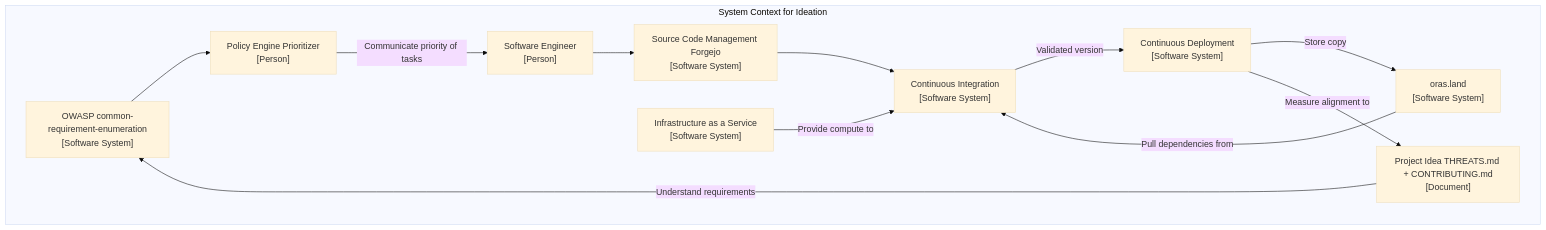
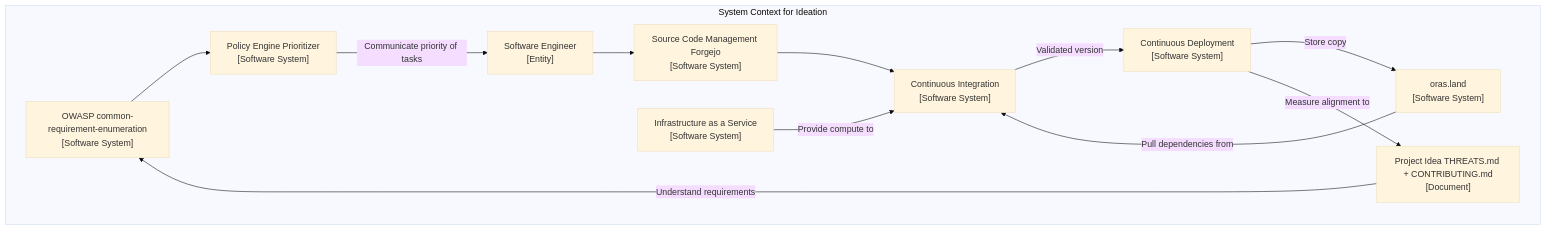
Before and after one commit to intel/dffml: the second of 2 diagrams in CONTRIBUTING.md, drawn with Mermaid (base theme).

Commit message:
CONTRIBUTING: Measureing Alignment: Mermaid: System Context for Ideation: Software Engineer: Person -> Entity

````diff
--- a/CONTRIBUTING.md
+++ b/CONTRIBUTING.md
@@ -285,34 +285,34 @@
 ```mermaid
     graph TD
 
       subgraph system_context[System Context for Ideation]
 
         requirements_management[OWASP common-requirement-enumeration<br>&#91Software System&#93]
         data_storage[oras.land<br>&#91Software System&#93]
         source_control[Source Code Management Forgejo<br>&#91Software System&#93]
-        engineer[Software Engineer<br>&#91Person&#93]
-        prioritizer[Policy Engine Prioritizer<br>&#91Person&#93]
+        engineer[Software Engineer<br>&#91Entity&#93]
+        prioritizer[Policy Engine Prioritizer<br>&#91Software System&#93]
         project_idea[Project Idea THREATS.md + CONTRIBUTING.md<br>&#91Document&#93]
         ci_software[Continuous Integration<br>&#91Software System&#93]
         cd_software[Continuous Deployment<br>&#91Software System&#93]
         iaas[Infrastructure as a Service<br>&#91Software System&#93]
 
         project_idea -->|Understand requirements| requirements_management
         requirements_management --> prioritizer
         prioritizer -->|Communicate priority of tasks| engineer
         engineer --> source_control
         source_control --> ci_software
         data_storage -->|Pull dependencies from| ci_software
         iaas -->|Provide compute to| ci_software
         ci_software -->|Validated version| cd_software
         cd_software -->|Store copy| data_storage
         cd_software -->|Measure alignment to| project_idea
 
         class prioritizer,engineer,project_idea Person;
         class innersource NewSystem;
         class ci_software,cd_software,requirements_management,source_control,data_storage,iaas ExistingSystem;
 
       end
 
       class system_context background;
 ```
````
